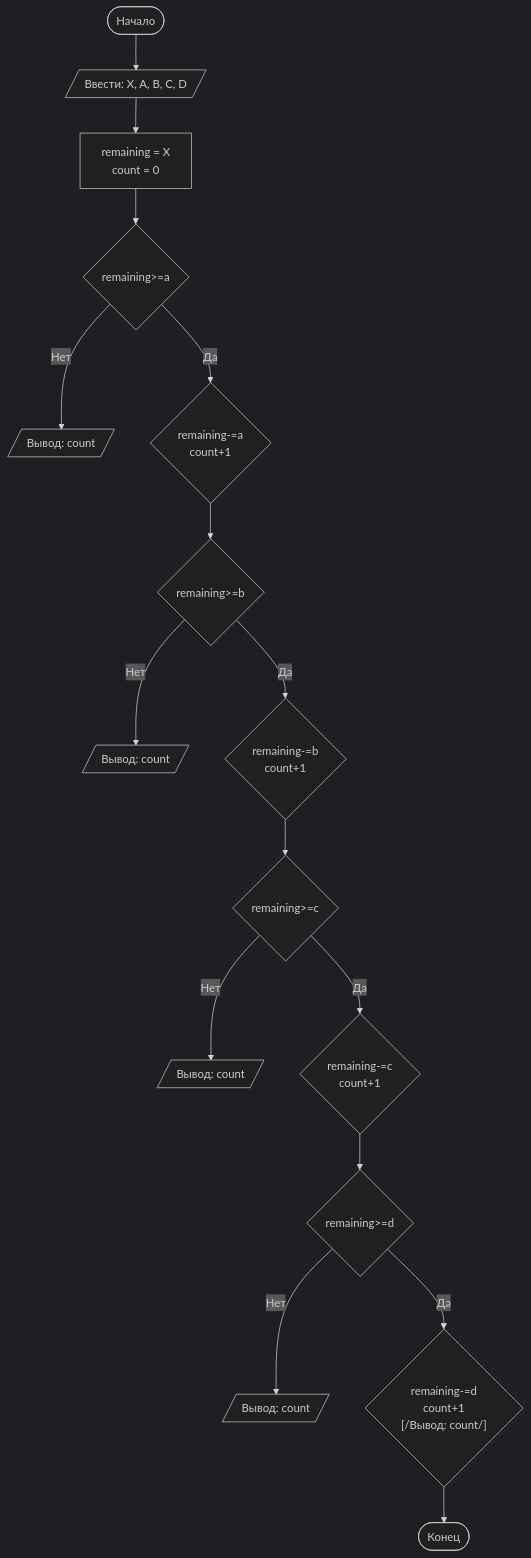
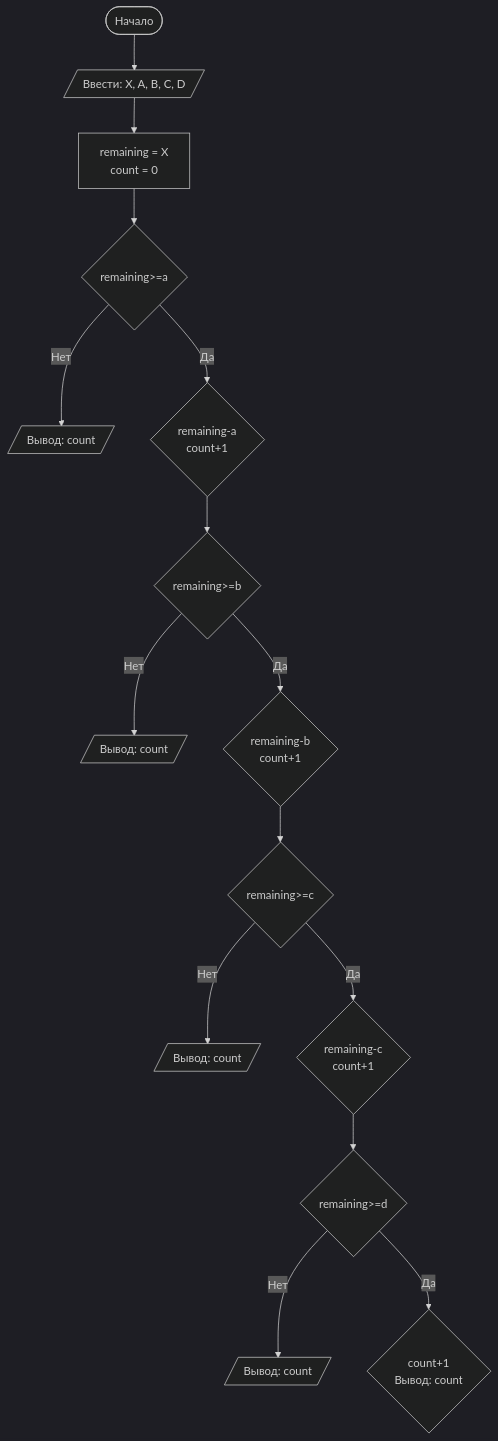
One commit to polinkreznichenk/lab1 changed the diagram in README.md. Above: the diagram before and after it, drawn with Mermaid (dark theme). The commit also changed other lines of this file, not shown here.

````diff
--- a/README.md
+++ b/README.md
@@ -147,18 +145,17 @@
 ```mermaid
 graph TD
     A([Начало]) --> B[/Ввести: X, A, B, C, D/]
     B --> P["remaining = X<br/>count = 0"]
     P --> C{remaining>=a}
     C -- Нет --> O[/Вывод: count/]
-    C -- Да --> D{"remaining-=a<br/>count+1"}
+    C -- Да --> D{"remaining-a<br/>count+1"}
     D --> E{remaining>=b}
     E -- Нет --> F[/Вывод: count/]
-    E -- Да --> G{"remaining-=b<br/>count+1"}
+    E -- Да --> G{"remaining-b<br/>count+1"}
     G --> H{remaining>=c}
     H -- Нет --> J[/Вывод: count/]
-    H -- Да --> K{"remaining-=c<br/>count+1"}
+    H -- Да --> K{"remaining-c<br/>count+1"}
     K --> L{remaining>=d}
     L -- Нет --> Z[/Вывод: count/]
-    L -- Да --> X{"remaining-=d<br/>count+1<br/>[/Вывод: count/]"}
-    X --> Y([Конец])
+    L -- Да --> X{"count+1<br/>Вывод: count"}
 ```
````
